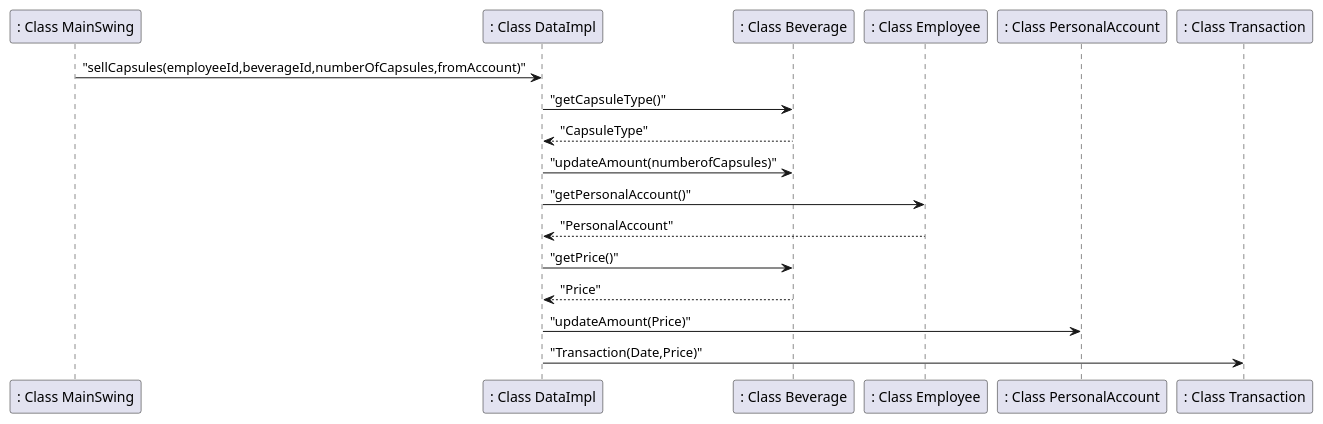
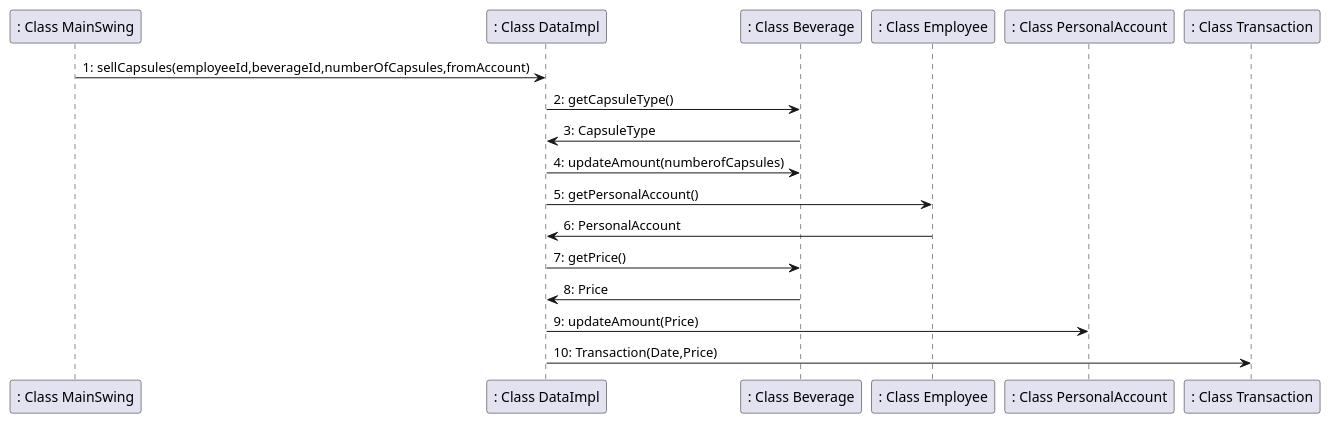
Before and after one commit to salvatore-dimartino/LaTazza: the sixth of 7 diagrams in templates/DesignDocumentTemplate.md, drawn with PlantUML. The commit also changed other lines of this file, not shown here.

````diff
--- a/templates/DesignDocumentTemplate.md
+++ b/templates/DesignDocumentTemplate.md
@@ -301,12 +301,12 @@
 ```plantuml
-": Class MainSwing" -> ": Class DataImpl": "sellCapsules(employeeId,beverageId,numberOfCapsules,fromAccount)"
-": Class DataImpl" -> ": Class Beverage": "getCapsuleType()"
-": Class Beverage" --> ": Class DataImpl": "CapsuleType"
-": Class DataImpl" -> ": Class Beverage": "updateAmount(numberofCapsules)"
-": Class DataImpl" -> ": Class Employee": "getPersonalAccount()"
-": Class Employee" --> ": Class DataImpl": "PersonalAccount"
-": Class DataImpl" -> ": Class Beverage": "getPrice()"
-": Class Beverage" --> ": Class DataImpl": "Price"
-": Class DataImpl" -> ": Class PersonalAccount": "updateAmount(Price)"
-": Class DataImpl" -> ": Class Transaction": "Transaction(Date,Price)"
+": Class MainSwing" -> ": Class DataImpl": 1: sellCapsules(employeeId,beverageId,numberOfCapsules,fromAccount)
+": Class DataImpl" -> ": Class Beverage": 2: getCapsuleType()
+": Class Beverage" -> ": Class DataImpl": 3: CapsuleType
+": Class DataImpl" -> ": Class Beverage": 4: updateAmount(numberofCapsules)
+": Class DataImpl" -> ": Class Employee": 5: getPersonalAccount()
+": Class Employee" -> ": Class DataImpl": 6: PersonalAccount
+": Class DataImpl" -> ": Class Beverage": 7: getPrice()
+": Class Beverage" -> ": Class DataImpl": 8: Price
+": Class DataImpl" -> ": Class PersonalAccount": 9: updateAmount(Price)
+": Class DataImpl" -> ": Class Transaction": 10: Transaction(Date,Price)
 ```
````
